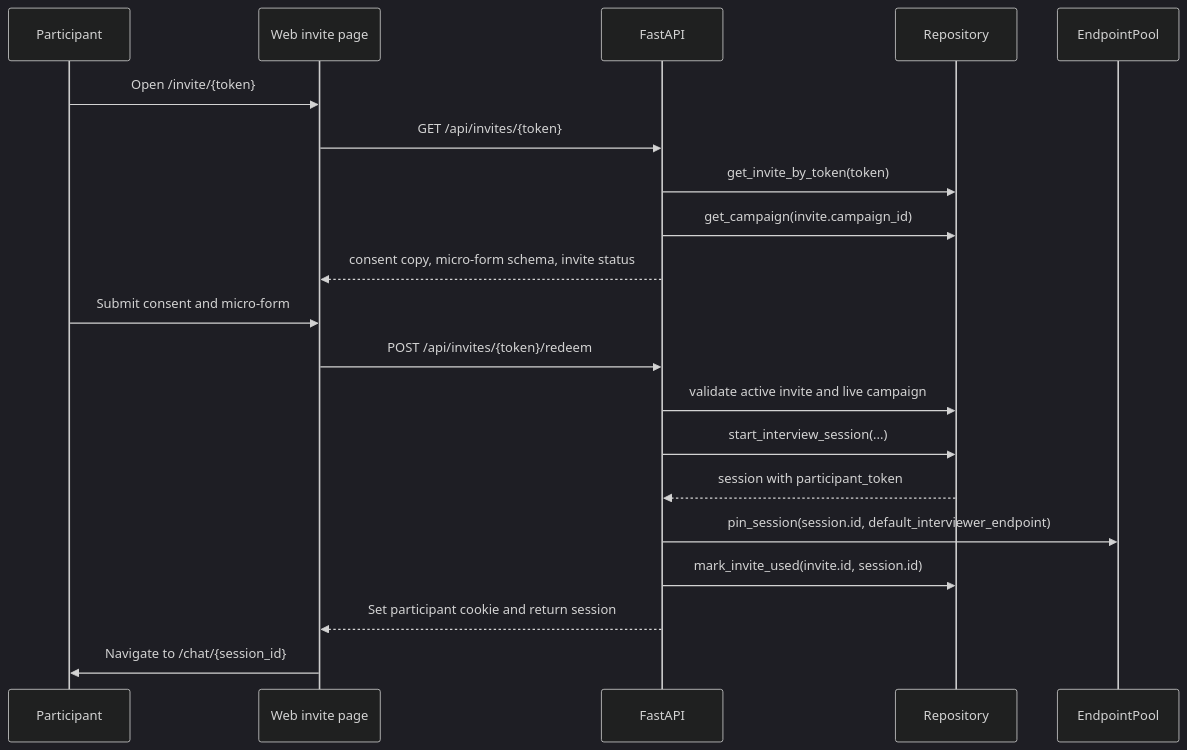
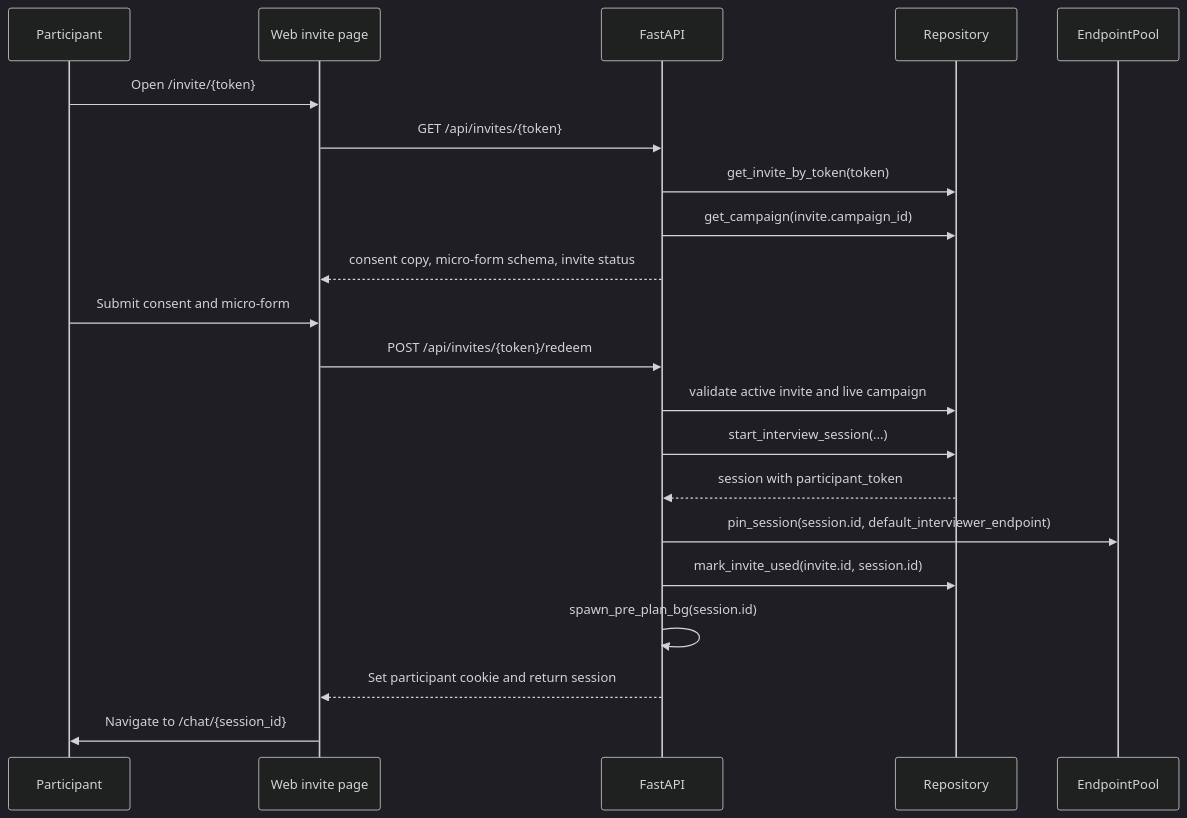
The second of 9 diagrams in docs/INTERVIEW_CRITICAL_PATH.md (akougkas/agentic-survey), drawn with Mermaid (dark theme) before and after one commit. The commit also changed other lines of this file and 8 other files, not shown here.

````diff
--- a/docs/INTERVIEW_CRITICAL_PATH.md
+++ b/docs/INTERVIEW_CRITICAL_PATH.md
@@ -63,24 +63,25 @@
 ```mermaid
 sequenceDiagram
     participant P as Participant
     participant W as Web invite page
     participant API as FastAPI
     participant R as Repository
     participant EP as EndpointPool
 
     P->>W: Open /invite/{token}
     W->>API: GET /api/invites/{token}
     API->>R: get_invite_by_token(token)
     API->>R: get_campaign(invite.campaign_id)
     API-->>W: consent copy, micro-form schema, invite status
 
     P->>W: Submit consent and micro-form
     W->>API: POST /api/invites/{token}/redeem
     API->>R: validate active invite and live campaign
     API->>R: start_interview_session(...)
     R-->>API: session with participant_token
     API->>EP: pin_session(session.id, default_interviewer_endpoint)
     API->>R: mark_invite_used(invite.id, session.id)
+    API->>API: spawn_pre_plan_bg(session.id)
     API-->>W: Set participant cookie and return session
     W->>P: Navigate to /chat/{session_id}
 ```
````
